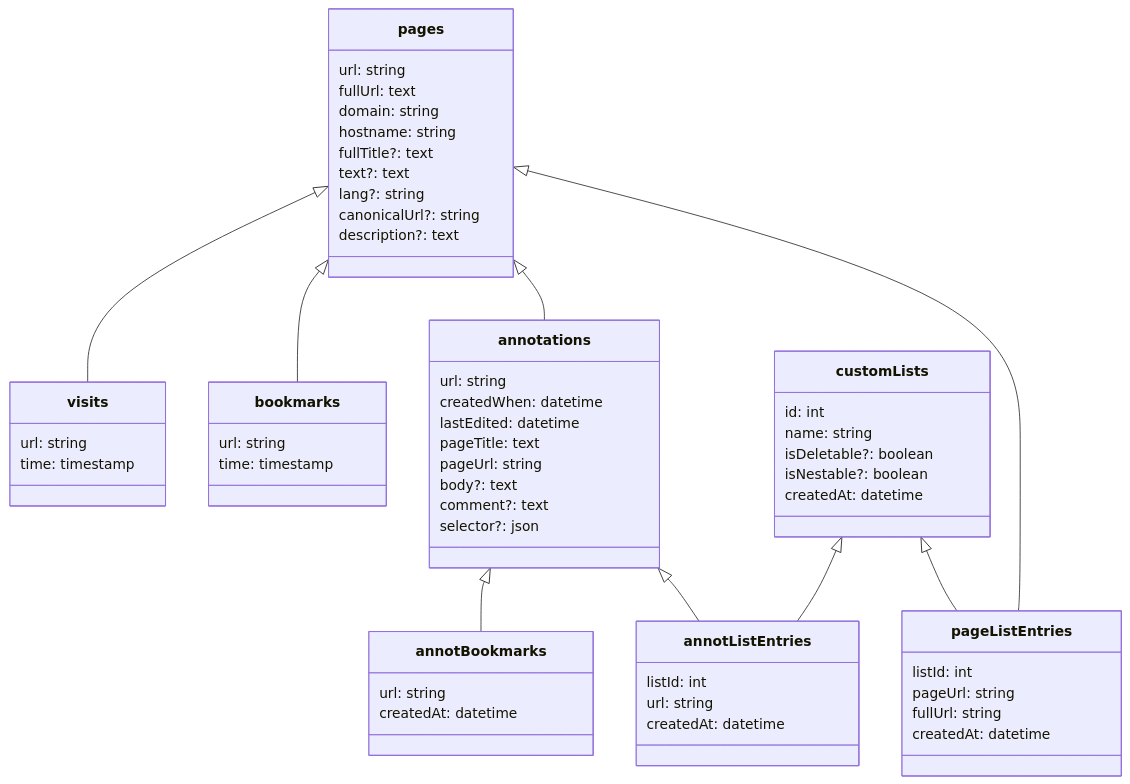
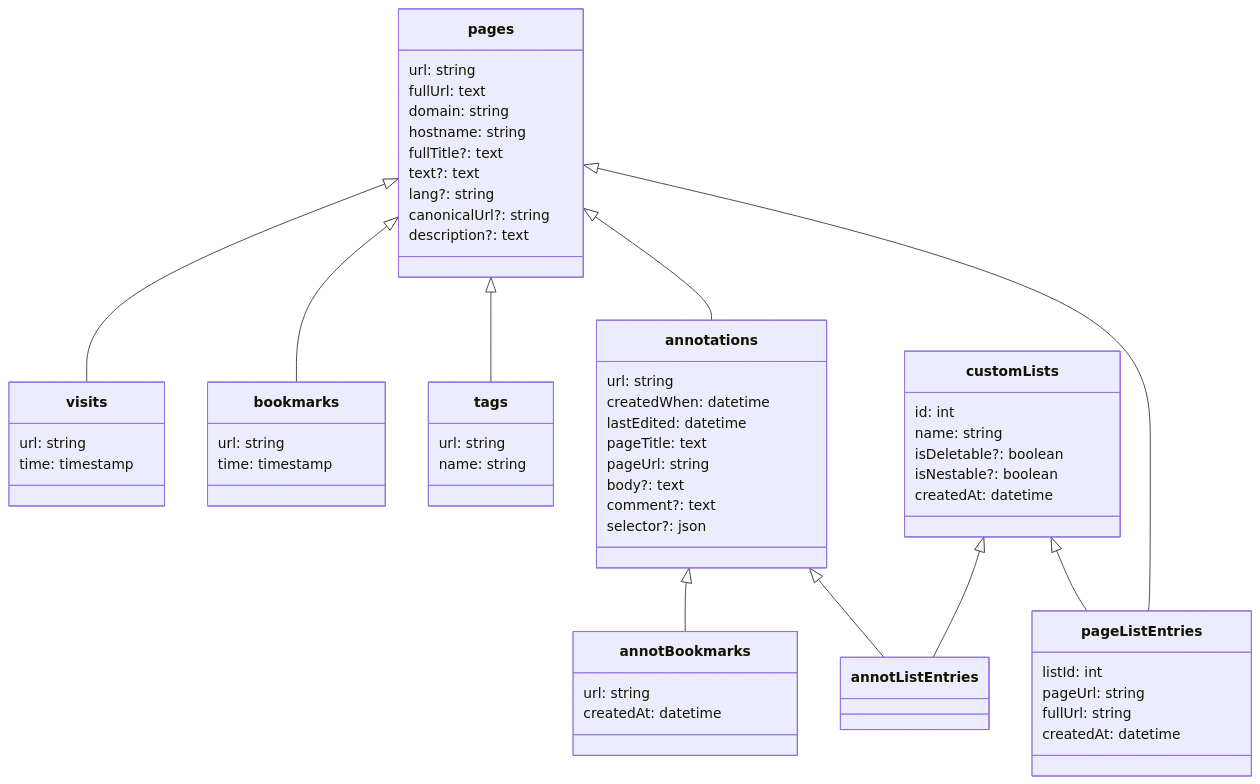
Before and after one commit to WorldBrain/storex-docs: the diagram in docs/storex-hub/guides/memex/README.md, drawn with Mermaid. The commit also changed other lines of this file and 5 other files, not shown here.

````diff
--- a/docs/storex-hub/guides/memex/README.md
+++ b/docs/storex-hub/guides/memex/README.md
@@ -12,63 +117,63 @@
 ```mermaid
 classDiagram
     pages <|-- visits
     pages <|-- bookmarks
+    pages <|-- tags
     pages <|-- annotations
     pages <|-- pageListEntries
     customLists <|-- pageListEntries
     customLists <|-- annotListEntries
     annotations <|-- annotListEntries
     annotations <|-- annotBookmarks
 
     class pages {
         url: string
         fullUrl: text
         domain: string
         hostname: string
         fullTitle?: text
         text?: text
         lang?: string
         canonicalUrl?: string
         description?: text
     }
     class visits {
         url: string
         time: timestamp
     }
     class bookmarks {
         url: string
         time: timestamp
+    }
+    class tags {
+        url: string
+        name: string
     }
     class customLists {
         id: int
         name: string
         isDeletable?: boolean
         isNestable?: boolean
         createdAt: datetime
     }
     class pageListEntries {
         listId: int
         pageUrl: string
         fullUrl: string
         createdAt: datetime
     }
     class annotations {
         url: string
         createdWhen: datetime
         lastEdited: datetime
         pageTitle: text
         pageUrl: string
         body?: text
         comment?: text
         selector?: json
     }
     class annotBookmarks {
         url: string
         createdAt: datetime
     }
-    class annotListEntries {
-        listId: int
-        url: string
-        createdAt: datetime
-    }
 ```
````
